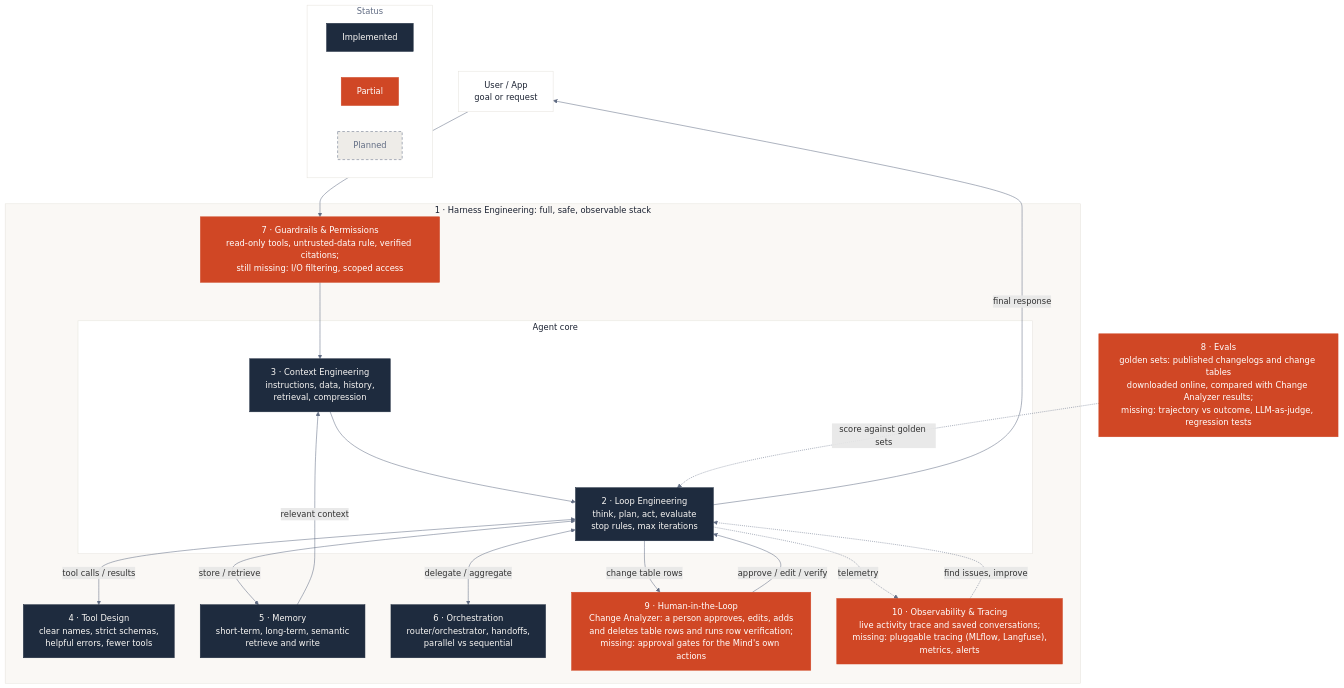
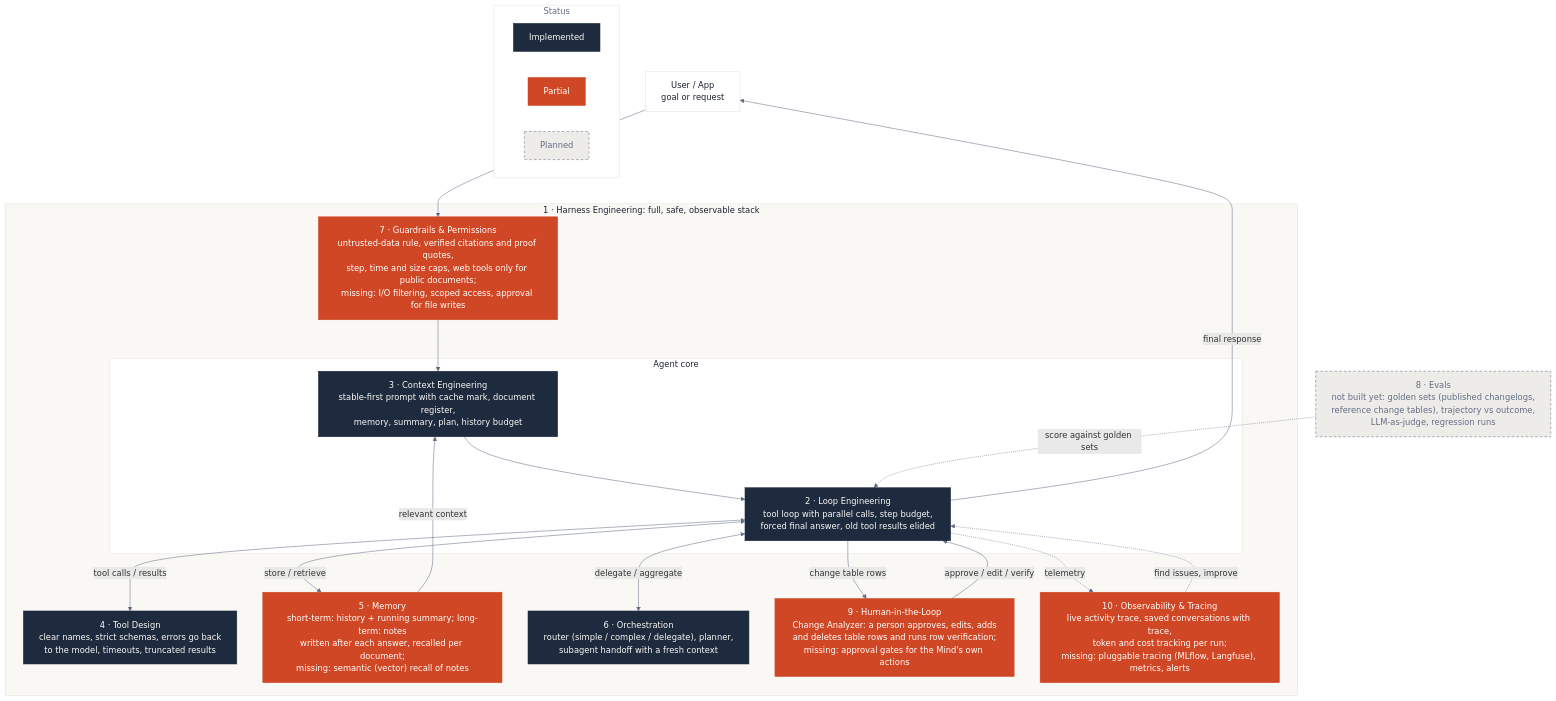
The diagram in docs/harness_diagram.mmd (yauheniya-ai/docsmind), drawn with Mermaid before and after one commit. The commit also changed 22 other files, not shown here.

```diff
--- a/docs/harness_diagram.mmd
+++ b/docs/harness_diagram.mmd
@@ -1,66 +1,66 @@
 %%{init: {
   "flowchart": {
     "wrappingWidth": 400
   },
   "themeVariables": {
     "fontFamily": "Plus Jakarta Sans",
     "lineColor": "#626d84",
     "clusterBkg": "#faf8f5",
     "clusterBorder": "#e5e2dc"
   }
 }}%%
 flowchart TB
     subgraph LEGEND["Status"]
         direction LR
         L1["Implemented"]
         L2["Partial"]
         L3["Planned"]
     end
 
     U["User / App<br/>goal or request"]
-    EV["8 · Evals<br/>golden sets: published changelogs and change tables<br/>downloaded online, compared with Change Analyzer results;<br/>missing: trajectory vs outcome, LLM-as-judge, regression tests"]
+    EV["8 · Evals<br/>not built yet: golden sets (published changelogs,<br/>reference change tables), trajectory vs outcome,<br/>LLM-as-judge, regression runs"]
 
     subgraph H["1 · Harness Engineering: full, safe, observable stack"]
-        G["7 · Guardrails & Permissions<br/>read-only tools, untrusted-data rule, verified citations;<br/>still missing: I/O filtering, scoped access"]
+        G["7 · Guardrails & Permissions<br/>untrusted-data rule, verified citations and proof quotes,<br/>step, time and size caps, web tools only for public documents;<br/>missing: I/O filtering, scoped access, approval for file writes"]
 
         subgraph CORE["Agent core"]
-            C["3 · Context Engineering<br/>instructions, data, history,<br/>retrieval, compression"]
-            A["2 · Loop Engineering<br/>think, plan, act, evaluate<br/>stop rules, max iterations"]
+            C["3 · Context Engineering<br/>stable-first prompt with cache mark, document register,<br/>memory, summary, plan, history budget"]
+            A["2 · Loop Engineering<br/>tool loop with parallel calls, step budget,<br/>forced final answer, old tool results elided"]
             C --> A
         end
 
-        T["4 · Tool Design<br/>clear names, strict schemas,<br/>helpful errors, fewer tools"]
-        M["5 · Memory<br/>short-term, long-term, semantic<br/>retrieve and write"]
-        O["6 · Orchestration<br/>router/orchestrator, handoffs,<br/>parallel vs sequential"]
+        T["4 · Tool Design<br/>clear names, strict schemas, errors go back<br/>to the model, timeouts, truncated results"]
+        M["5 · Memory<br/>short-term: history + running summary; long-term: notes<br/>written after each answer, recalled per document;<br/>missing: semantic (vector) recall of notes"]
+        O["6 · Orchestration<br/>router (simple / complex / delegate), planner,<br/>subagent handoff with a fresh context"]
         HITL["9 · Human-in-the-Loop<br/>Change Analyzer: a person approves, edits, adds<br/>and deletes table rows and runs row verification;<br/>missing: approval gates for the Mind's own actions"]
-        OBS["10 · Observability & Tracing<br/>live activity trace and saved conversations;<br/>missing: pluggable tracing (MLflow, Langfuse),<br/> metrics, alerts"]
+        OBS["10 · Observability & Tracing<br/>live activity trace, saved conversations with trace,<br/>token and cost tracking per run;<br/>missing: pluggable tracing (MLflow, Langfuse), metrics, alerts"]
     end
 
     U --> G --> C
     A <-->|"tool calls / results"| T
     A <-->|"store / retrieve"| M
     M -->|"relevant context"| C
     A <-->|"delegate / aggregate"| O
     A -->|"change table rows"| HITL
     HITL -->|"approve / edit / verify"| A
     A -.->|"telemetry"| OBS
     OBS -.->|"find issues, improve"| A
     EV -.->|"score against golden sets"| A
     A -->|"final response"| U
 
     %% Palette from frontend/src/index.css
     %%   implemented = --primary (navy), partial = --accent (terracotta),
     %%   planned = --secondary / --muted-foreground (dashed)
     classDef done fill:#1e2b3e,stroke:#1e2b3e,color:#faf8f5
     classDef partial fill:#d04725,stroke:#d04725,color:#ffffff
     classDef planned fill:#eeece8,stroke:#626d84,color:#626d84,stroke-dasharray:5 4
     classDef actor fill:#ffffff,stroke:#e5e2dc,color:#1b2232
 
-    class C,A,T,M,O,L1 done
-    class G,OBS,HITL,EV,L2 partial
-    class L3 planned
+    class C,A,T,O,L1 done
+    class G,M,OBS,HITL,L2 partial
+    class EV,L3 planned
     class U actor
 
     style H fill:#faf8f5,stroke:#e5e2dc,color:#1b2232
     style CORE fill:#ffffff,stroke:#e5e2dc,color:#1b2232
     style LEGEND fill:#ffffff,stroke:#e5e2dc,color:#626d84
```
